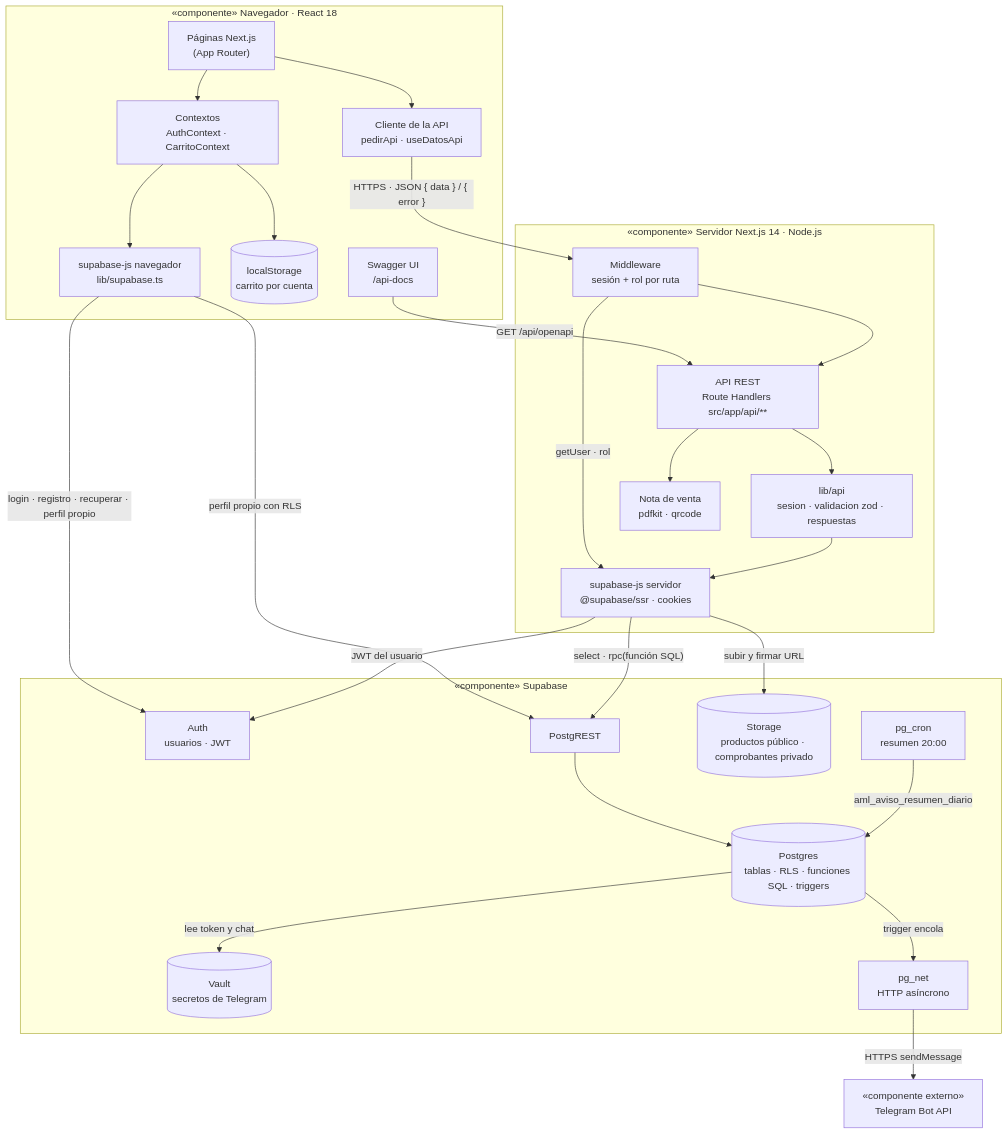
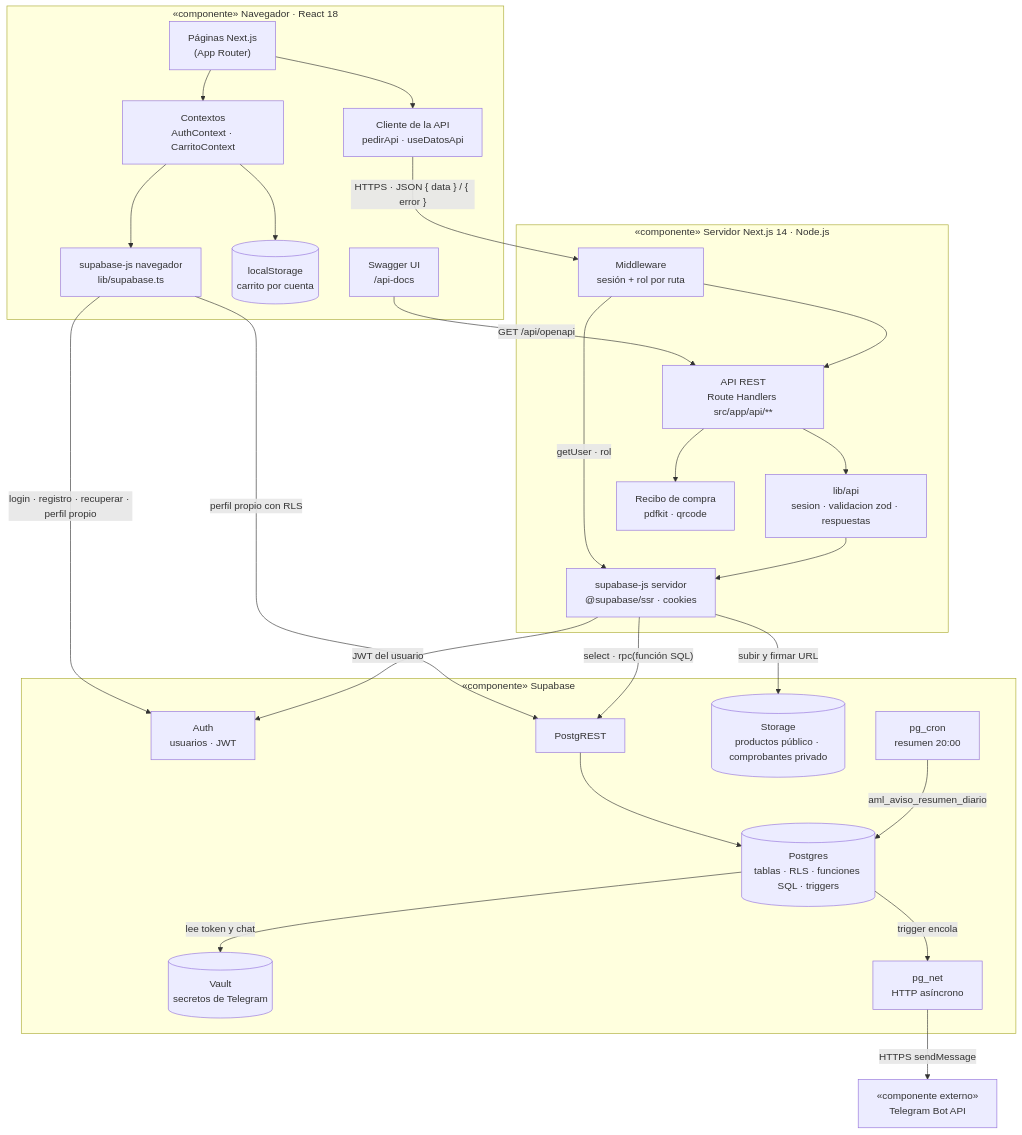
Before and after one commit to Almartinezlima/AML-AgroTech: the first of 3 diagrams in docs/uml/componentes.md, drawn with Mermaid. The commit also changed 14 other files, not shown here.

Commit message:
docs(compra): compra en 3 clics, efectivo al recibir confirmado, visor del comprobante y nombres nuevos en specs, UML, OpenAPI y arquitectura

````diff
--- a/docs/uml/componentes.md
+++ b/docs/uml/componentes.md
@@ -7,50 +7,50 @@
 ```mermaid
 flowchart TB
   subgraph NAV["«componente» Navegador · React 18"]
     PAG["Páginas Next.js<br/>(App Router)"]
     CTX["Contextos<br/>AuthContext · CarritoContext"]
     CLI["Cliente de la API<br/>pedirApi · useDatosApi"]
     SBN["supabase-js navegador<br/>lib/supabase.ts"]
     LS[("localStorage<br/>carrito por cuenta")]
     SW["Swagger UI<br/>/api-docs"]
   end
   subgraph SRV["«componente» Servidor Next.js 14 · Node.js"]
     MW["Middleware<br/>sesión + rol por ruta"]
     API["API REST<br/>Route Handlers src/app/api/**"]
     LIBAPI["lib/api<br/>sesion · validacion zod · respuestas"]
-    PDF["Nota de venta<br/>pdfkit · qrcode"]
+    PDF["Recibo de compra<br/>pdfkit · qrcode"]
     SBS["supabase-js servidor<br/>@supabase/ssr · cookies"]
   end
   subgraph SUP["«componente» Supabase"]
     AUTH["Auth<br/>usuarios · JWT"]
     REST["PostgREST"]
     PG[("Postgres<br/>tablas · RLS · funciones SQL · triggers")]
     STO[("Storage<br/>productos público · comprobantes privado")]
     VAULT[("Vault<br/>secretos de Telegram")]
     NET["pg_net<br/>HTTP asíncrono"]
     CRON["pg_cron<br/>resumen 20:00"]
   end
   TG["«componente externo»<br/>Telegram Bot API"]
 
   PAG --> CTX
   PAG --> CLI
   CTX --> LS
   CTX --> SBN
   SW -->|GET /api/openapi| API
   CLI -->|"HTTPS · JSON { data } / { error }"| MW
   MW --> API
   MW -->|getUser · rol| SBS
   API --> LIBAPI
   API --> PDF
   LIBAPI --> SBS
   SBN -->|"login · registro · recuperar · perfil propio"| AUTH
   SBN -->|perfil propio con RLS| REST
   SBS -->|JWT del usuario| AUTH
   SBS -->|"select · rpc(función SQL)"| REST
   SBS -->|subir y firmar URL| STO
   REST --> PG
   PG -->|trigger encola| NET
   CRON -->|aml_aviso_resumen_diario| PG
   PG -->|lee token y chat| VAULT
   NET -->|"HTTPS sendMessage"| TG
 ```
````
